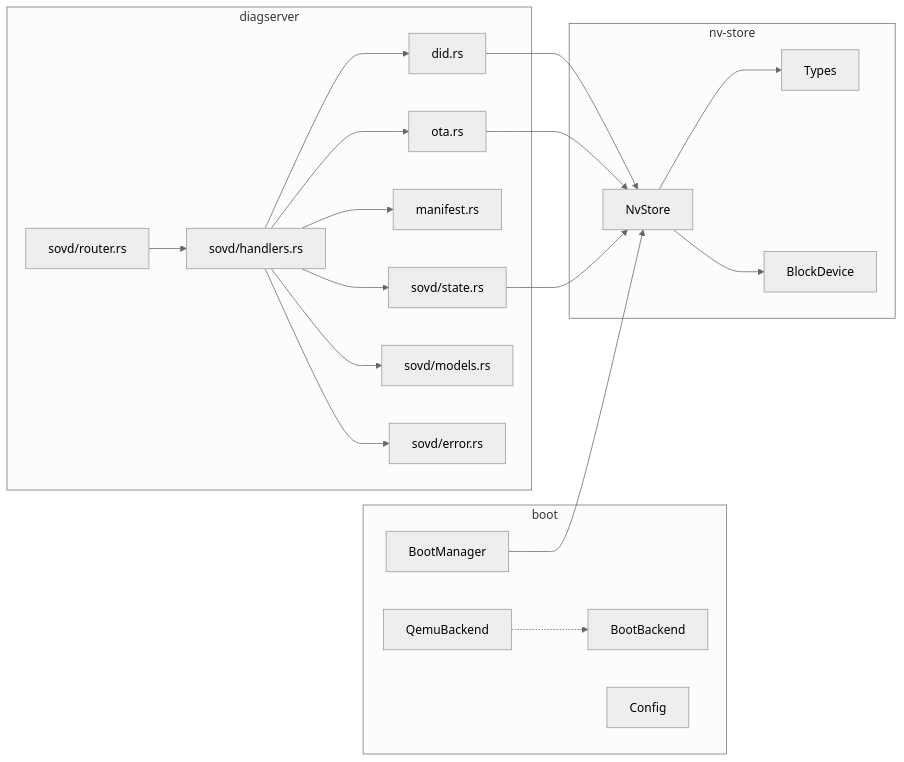
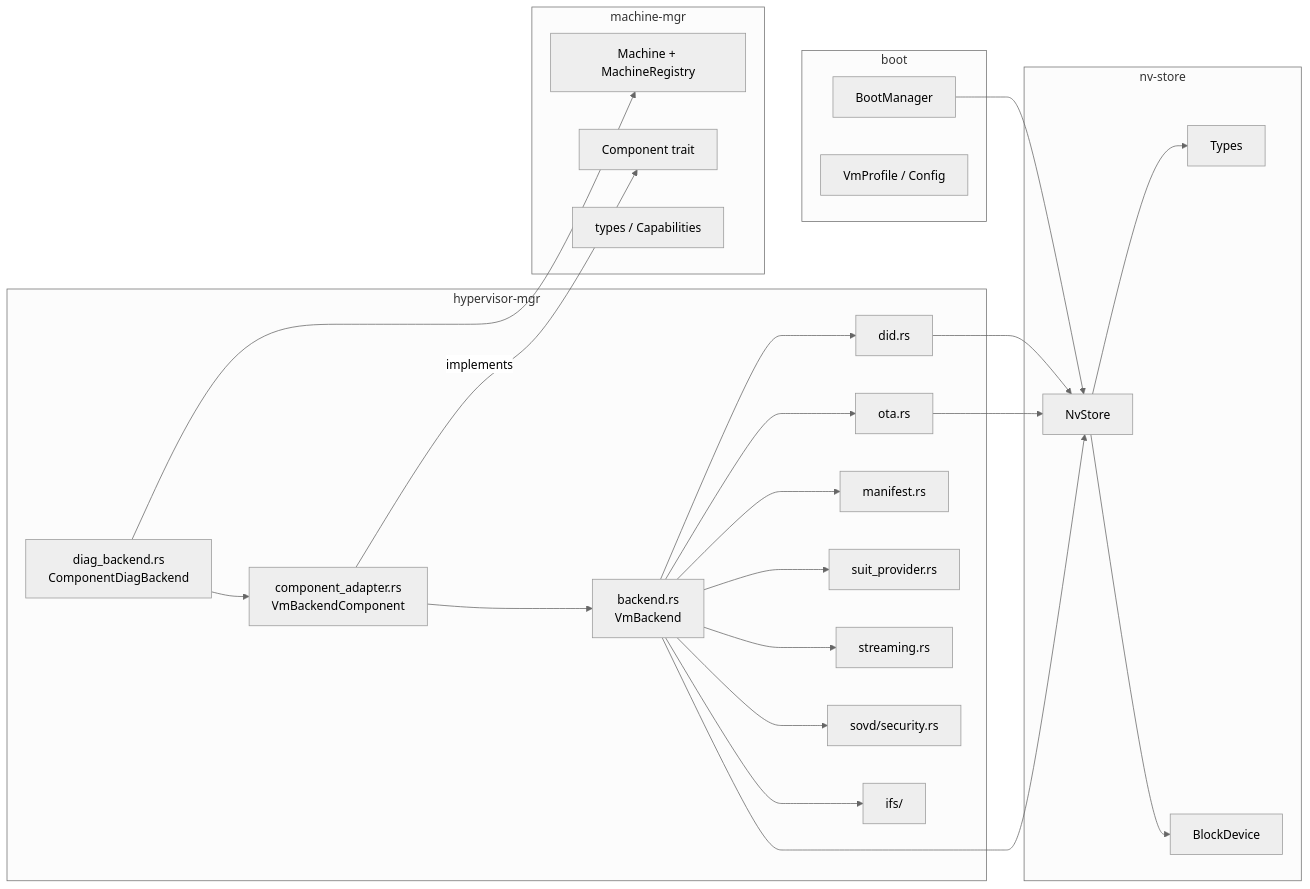
The second of 7 diagrams in ARCHITECTURE.md (sdv-playground/sumo-vm-mgr), drawn with Mermaid (neutral theme) before and after one commit. The commit also changed other lines of this file and 3 other files, not shown here.

````diff
--- a/ARCHITECTURE.md
+++ b/ARCHITECTURE.md
@@ -203,41 +344,50 @@
 ```mermaid
 graph LR
-    subgraph diagserver
+    subgraph hypervisor-mgr
+        DB[diag_backend.rs<br/>ComponentDiagBackend]
+        CA[component_adapter.rs<br/>VmBackendComponent]
+        VB[backend.rs<br/>VmBackend]
         D[did.rs]
         O[ota.rs]
         MF[manifest.rs]
-        H[sovd/handlers.rs]
-        R[sovd/router.rs]
-        S[sovd/state.rs]
-        M[sovd/models.rs]
-        E[sovd/error.rs]
+        SP[suit_provider.rs]
+        ST[streaming.rs]
+        IF[ifs/]
+        SEC[sovd/security.rs]
+    end
+
+    subgraph machine-mgr
+        CT[Component trait]
+        MA[Machine + MachineRegistry]
+        TYS[types / Capabilities]
     end
 
     subgraph boot
         BM2[BootManager]
-        BE[BootBackend]
-        QE[QemuBackend]
-        CF[Config]
+        CF[VmProfile / Config]
     end
 
     subgraph nv-store
         NV[NvStore]
         TY2[Types]
         BL[BlockDevice]
     end
 
-    H --> D
-    H --> O
-    H --> MF
-    H --> S
-    H --> M
-    H --> E
-    R --> H
+    DB --> MA
+    DB --> CA
+    CA -- implements --> CT
+    CA --> VB
+    VB --> D
+    VB --> O
+    VB --> MF
+    VB --> SP
+    VB --> ST
+    VB --> SEC
+    VB --> IF
     D --> NV
     O --> NV
-    S --> NV
+    VB --> NV
     BM2 --> NV
-    QE -.-> BE
     NV --> TY2
     NV --> BL
 ```
````
